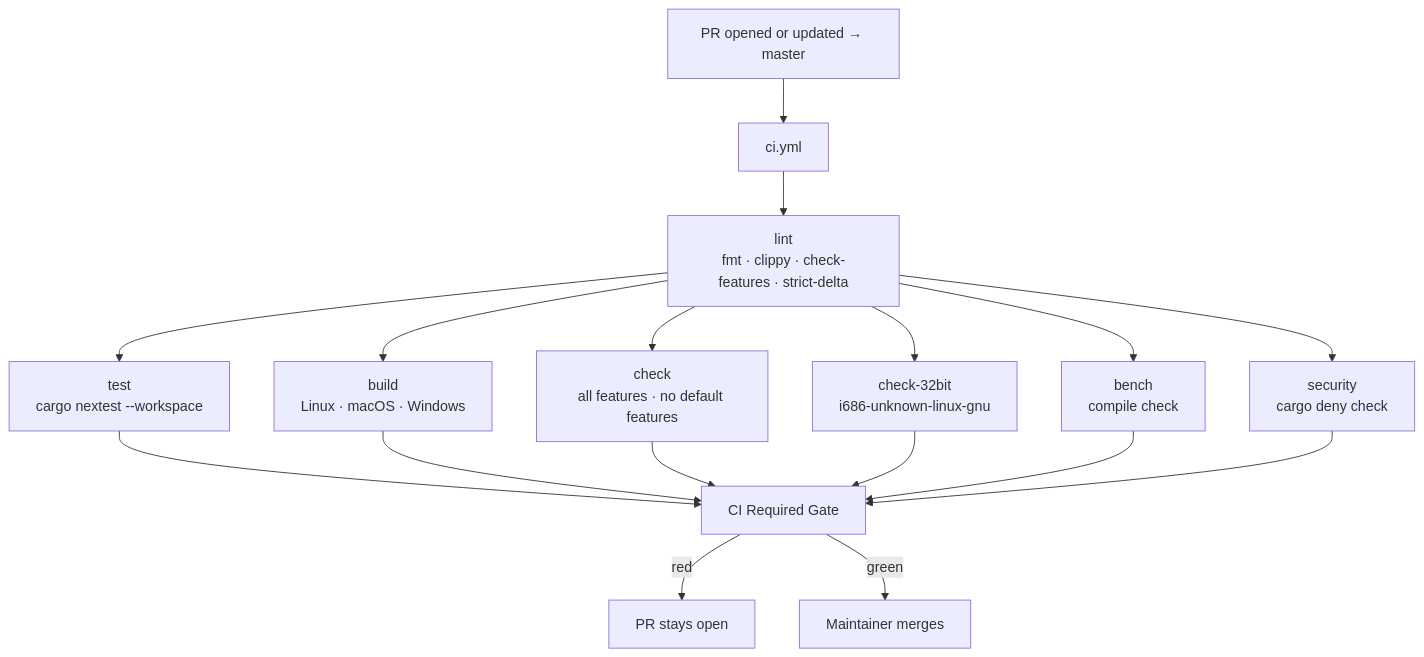
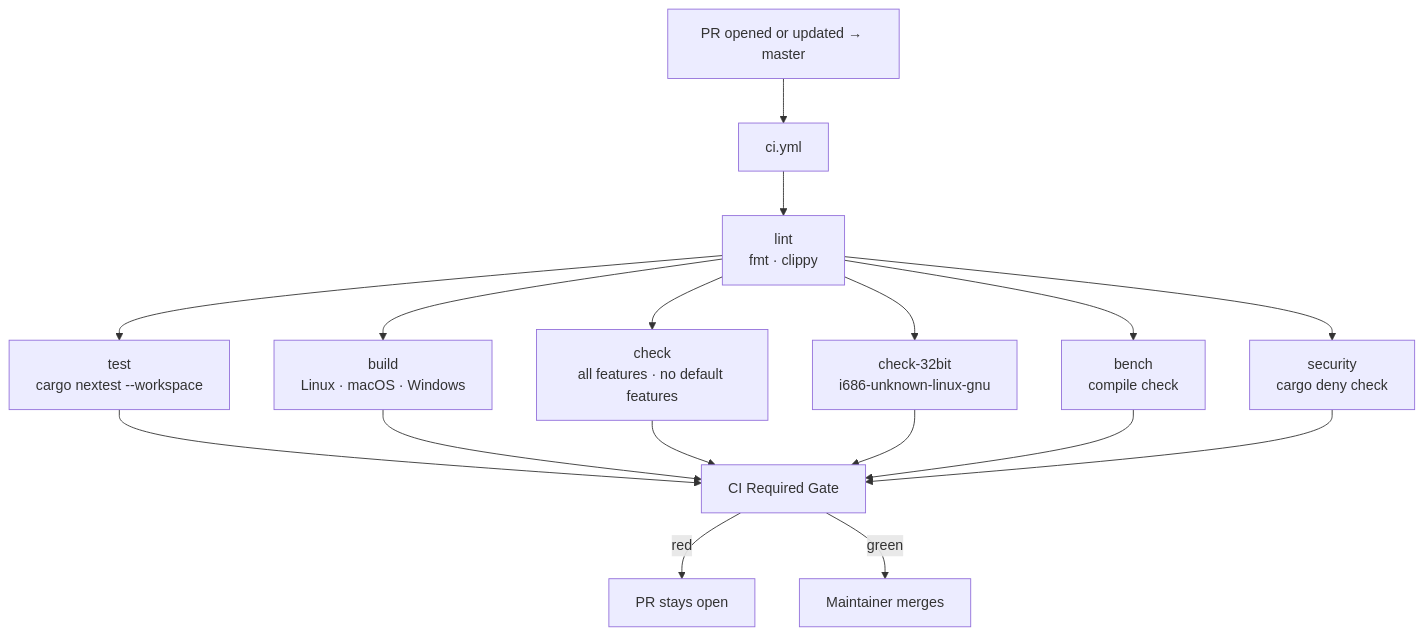
The first of 2 diagrams in .github/workflows/master-branch-flow.md (Sakthisabariesh/personal_bot), drawn with Mermaid before and after one commit. The commit also changed other lines of this file and 4 other files, not shown here.

Commit message:
docs(ci): remove stale strict-delta references (#6133)

````diff
--- a/.github/workflows/master-branch-flow.md
+++ b/.github/workflows/master-branch-flow.md
@@ -109,14 +109,14 @@
 ```mermaid
 flowchart TD
   A["PR opened or updated → master"] --> B["ci.yml"]
-  B --> L["lint\nfmt · clippy · check-features · strict-delta"]
+  B --> L["lint\nfmt · clippy"]
   L --> T["test\ncargo nextest --workspace"]
   L --> BLD["build\nLinux · macOS · Windows"]
   L --> CHK["check\nall features · no default features"]
   L --> C32["check-32bit\ni686-unknown-linux-gnu"]
   L --> BCH["bench\ncompile check"]
   L --> SEC["security\ncargo deny check"]
   T & BLD & CHK & C32 & BCH & SEC --> G["CI Required Gate"]
   G -->|red| D["PR stays open"]
   G -->|green| R["Maintainer merges"]
 ```
````
